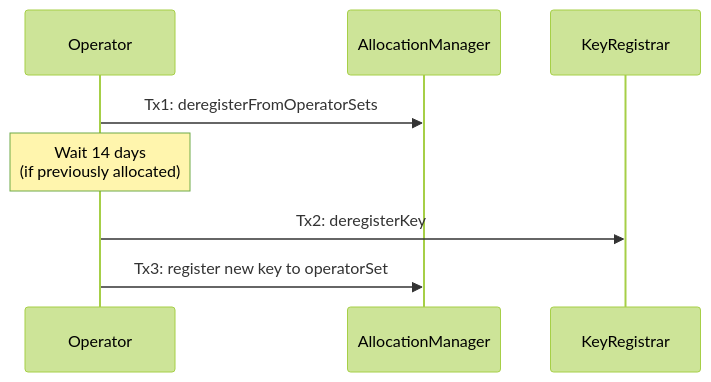
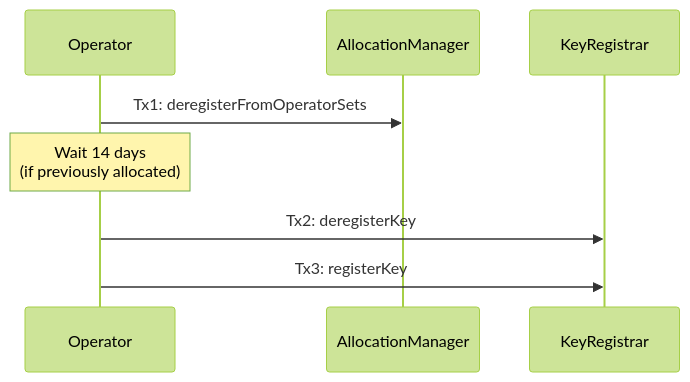
Before and after one commit to Layr-Labs/eigenlayer-contracts: the second of 2 diagrams in docs/permissions/KeyRegistrar.md, drawn with Mermaid (forest theme).

Commit message:
chore: update diagram

````diff
--- a/docs/permissions/KeyRegistrar.md
+++ b/docs/permissions/KeyRegistrar.md
@@ -255,11 +255,11 @@
 ```mermaid
 sequenceDiagram
     participant OP as Operator
     participant AM as AllocationManager
     participant KR as KeyRegistrar
 
     OP->>AM: Tx1: deregisterFromOperatorSets
     Note over OP: Wait 14 days<br>(if previously allocated)
     OP->>KR: Tx2: deregisterKey
-    OP->>AM: Tx3: register new key to operatorSet
+    OP->>KR: Tx3: registerKey
 ```
````
